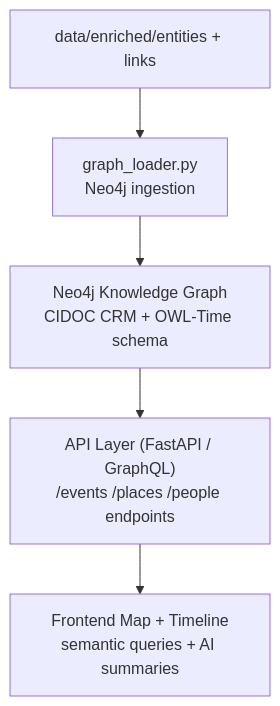
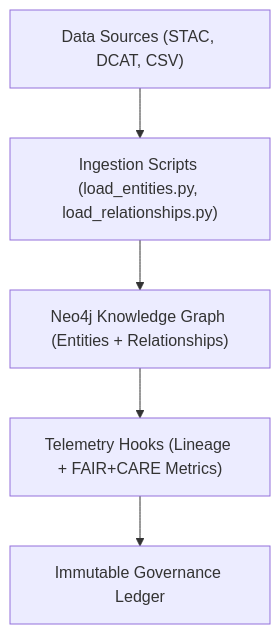
The diagram in src/graph/README.md (bartytime4life/Kansas-Frontier-Matrix), drawn with Mermaid before and after one commit. The commit also changed other lines of this file, not shown here.

First line of the commit message:
Revise README for Knowledge Graph Integration Layer

````diff
--- a/src/graph/README.md
+++ b/src/graph/README.md
@@ -58,7 +148,7 @@
 ```mermaid
 flowchart TD
-    A["data/enriched/entities + links"] --> B["graph_loader.py<br/>Neo4j ingestion"]
-    B --> C["Neo4j Knowledge Graph<br/>CIDOC CRM + OWL-Time schema"]
-    C --> D["API Layer (FastAPI / GraphQL)<br/>/events /places /people endpoints"]
-    D --> E["Frontend Map + Timeline<br/>semantic queries + AI summaries"]
+    A["Data Sources (STAC, DCAT, CSV)"] --> B["Ingestion Scripts (load_entities.py, load_relationships.py)"]
+    B --> C["Neo4j Knowledge Graph (Entities + Relationships)"]
+    C --> D["Telemetry Hooks (Lineage + FAIR+CARE Metrics)"]
+    D --> E["Immutable Governance Ledger"]
 ```
````
